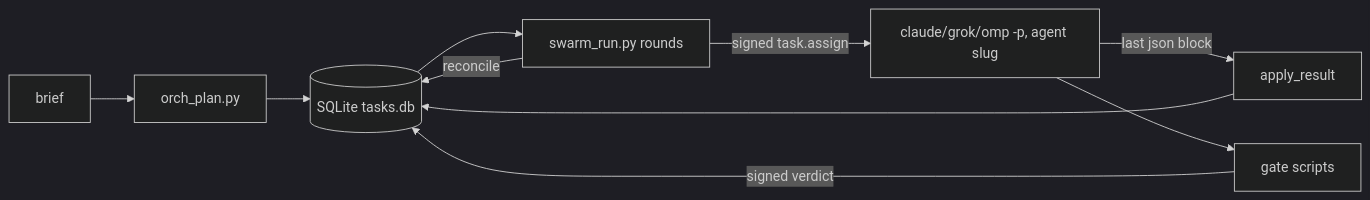
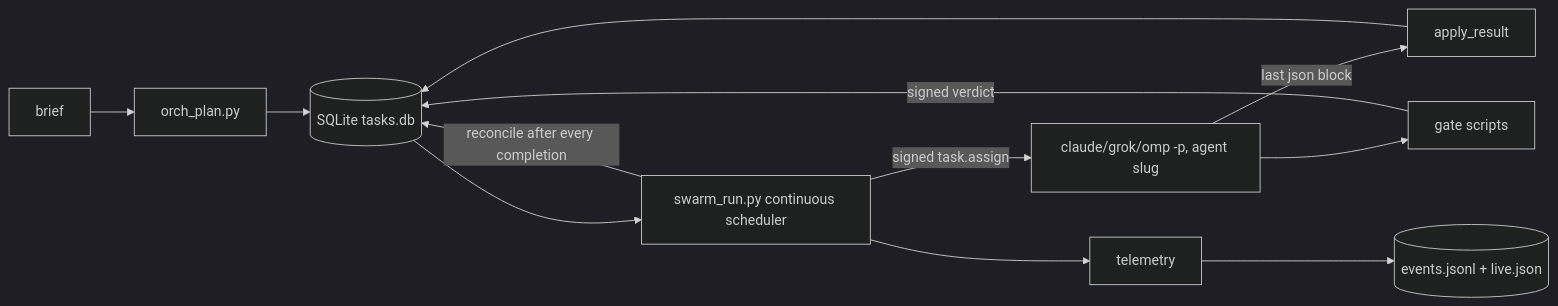
The diagram in AGENTS.md (swcstudiospace/agent-swarm), drawn with Mermaid (dark theme) before and after one commit. The commit also changed other lines of this file and 739 other files, not shown here.

````diff
--- a/AGENTS.md
+++ b/AGENTS.md
@@ -17,9 +17,10 @@
 ```mermaid
 flowchart LR
   B[brief] --> P[orch_plan.py] --> DB[(SQLite tasks.db)]
-  DB --> R[swarm_run.py rounds]
+  DB --> R[swarm_run.py continuous scheduler]
   R -->|signed task.assign| A[claude/grok/omp -p, agent slug]
   A -->|last json block| AR[apply_result] --> DB
   A --> G[gate scripts] -->|signed verdict| DB
-  R -->|reconcile| DB
+  R -->|reconcile after every completion| DB
+  R --> T[telemetry] --> L[(events.jsonl + live.json)]
 ```
````
